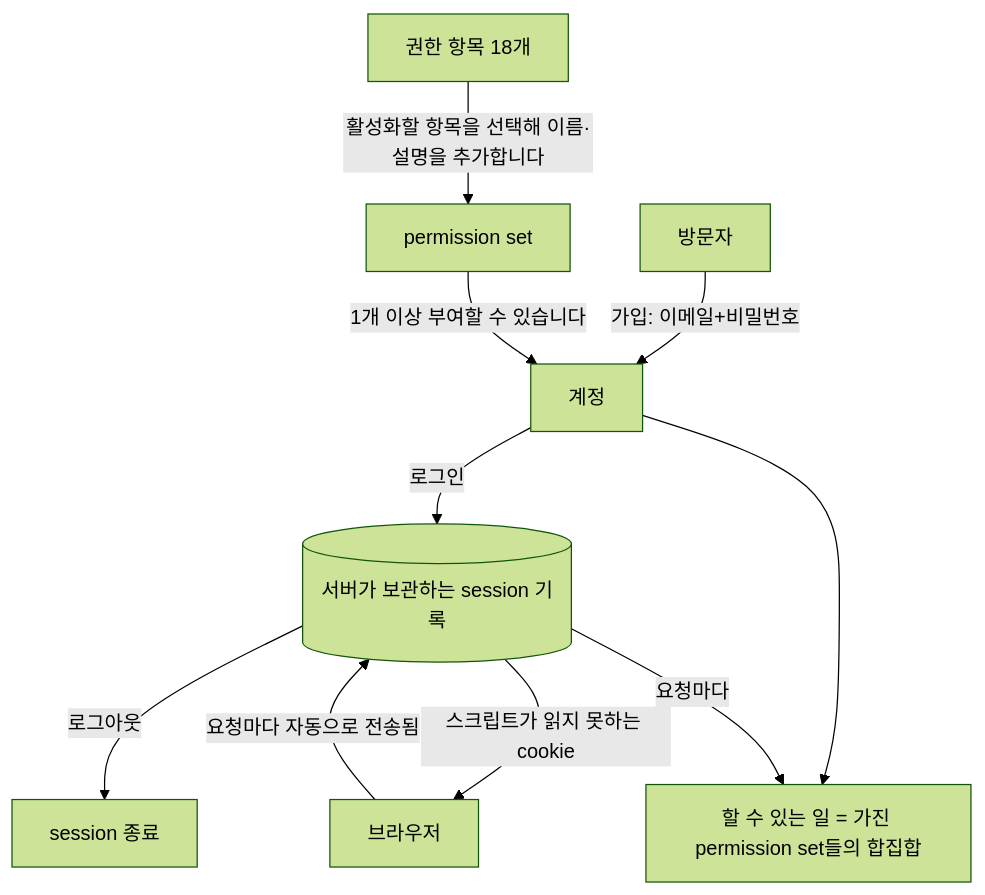
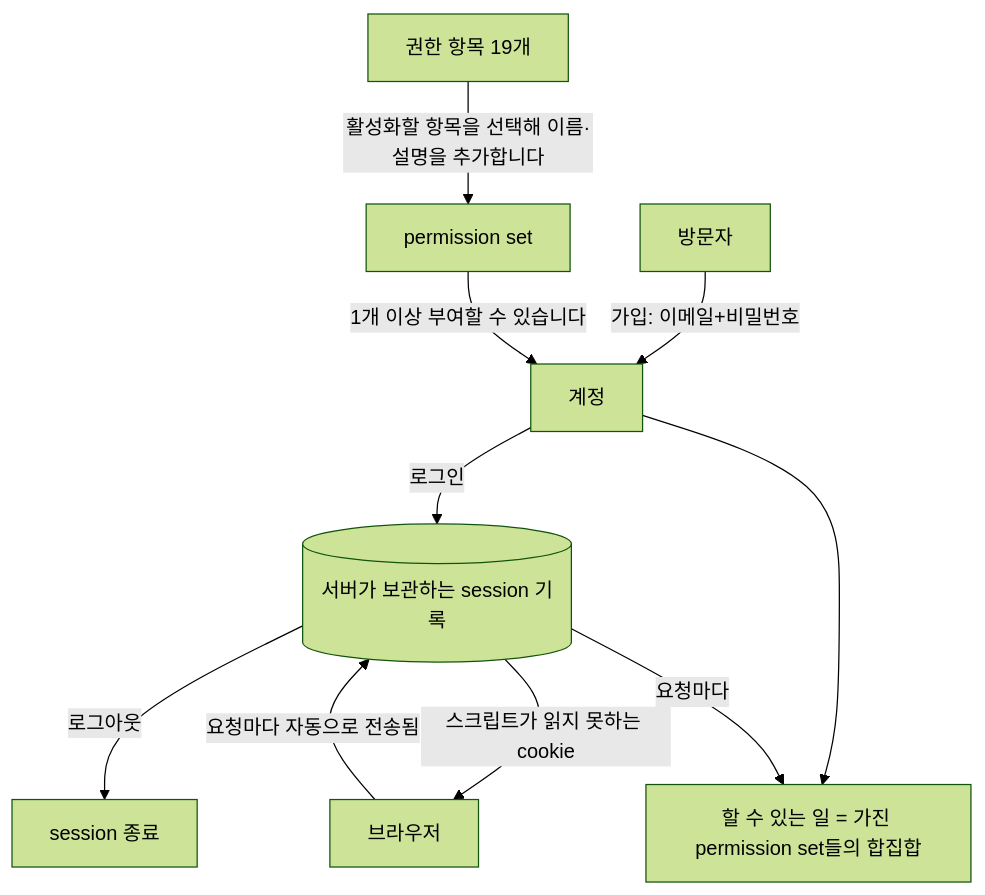
Before and after one commit to minkong-dev/Banblit: the first of 4 diagrams in .cluedoc/accounts-and-roles/README.md, drawn with Mermaid (forest theme). The commit also changed other lines of this file and 6 other files, not shown here.

Commit message:
docs: sync cluedoc papers for permission set protection, everyday periods, and member expulsion

````diff
--- a/.cluedoc/accounts-and-roles/README.md
+++ b/.cluedoc/accounts-and-roles/README.md
@@ -47,12 +50,12 @@
 ```mermaid
 flowchart TD
     V[방문자] -->|가입: 이메일+비밀번호| U[계정]
     U -->|로그인| S[(서버가 보관하는 session 기록)]
     S -->|스크립트가 읽지 못하는 cookie| B[브라우저]
     B -->|요청마다 자동으로 전송됨| S
     S -->|로그아웃| X[session 종료]
-    I[권한 항목 18개] -->|활성화할 항목을 선택해 이름·설명을 추가합니다| P[permission set]
+    I[권한 항목 19개] -->|활성화할 항목을 선택해 이름·설명을 추가합니다| P[permission set]
     P -->|1개 이상 부여할 수 있습니다| U
     U --> C[할 수 있는 일 = 가진 permission set들의 합집합]
     S -->|요청마다| C
 ```
````
